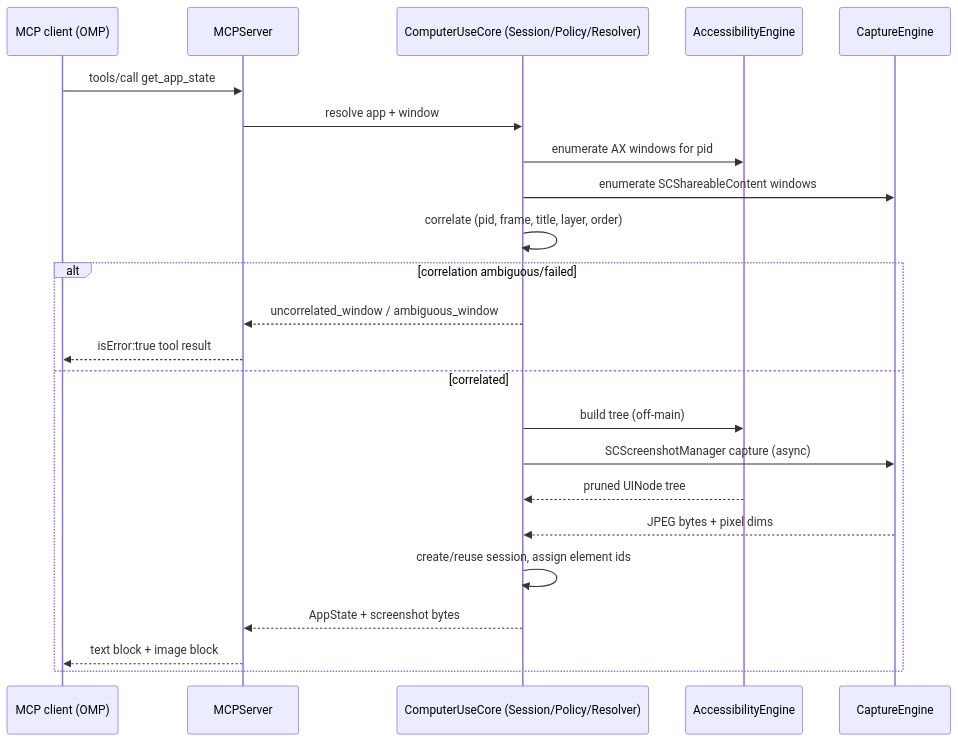
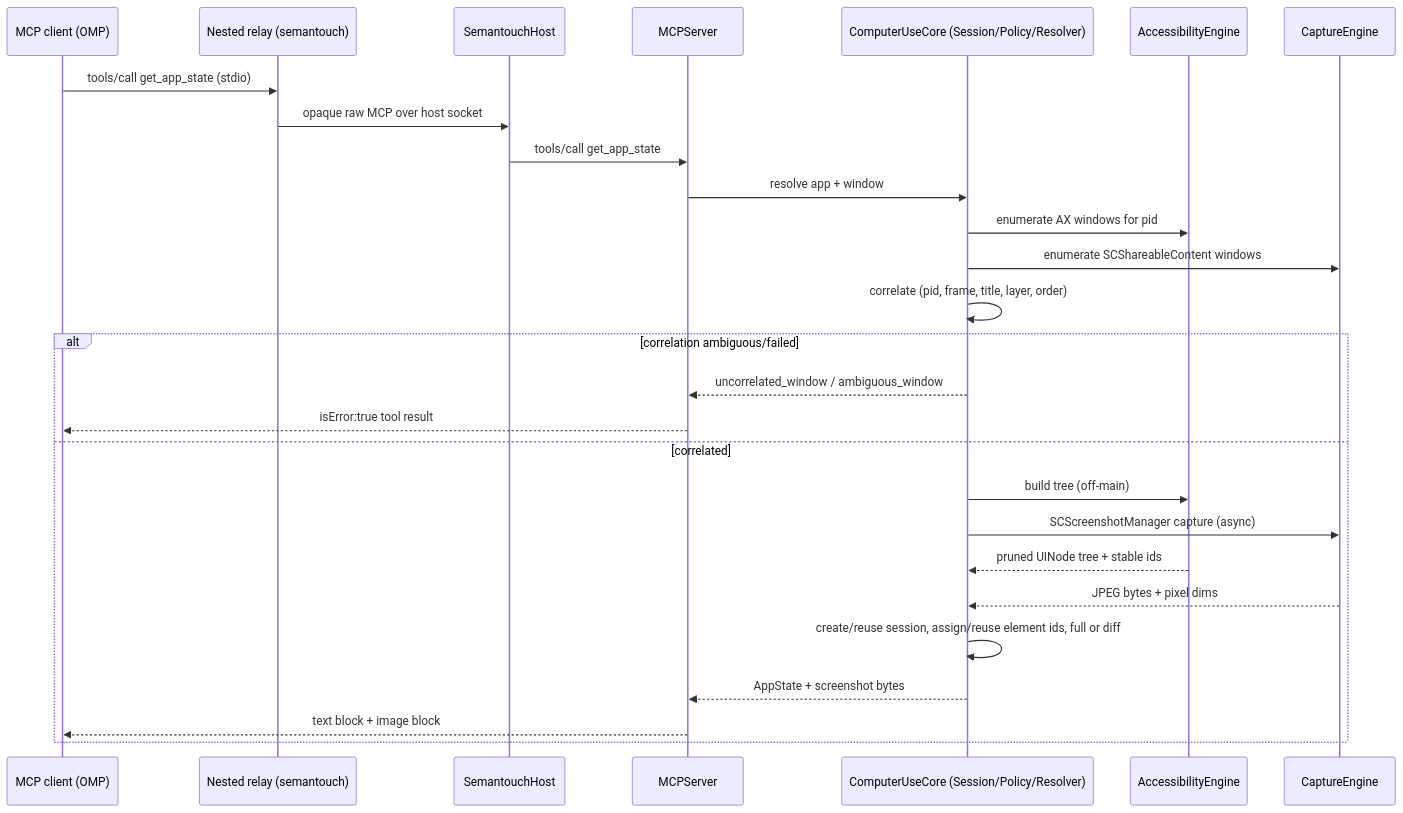
One commit to watzon/semantouch changed the first of 2 diagrams in docs/ARCHITECTURE.md. Above: the diagram before and after it, drawn with Mermaid. The commit also changed other lines of this file and 210 other files, not shown here.

````diff
--- a/docs/ARCHITECTURE.md
+++ b/docs/ARCHITECTURE.md
@@ -34,26 +77,30 @@
 ```mermaid
 sequenceDiagram
     participant Client as MCP client (OMP)
+    participant Relay as Nested relay (semantouch)
+    participant Host as SemantouchHost
     participant Server as MCPServer
     participant Core as ComputerUseCore (Session/Policy/Resolver)
     participant AX as AccessibilityEngine
     participant Cap as CaptureEngine
 
-    Client->>Server: tools/call get_app_state
+    Client->>Relay: tools/call get_app_state (stdio)
+    Relay->>Host: opaque raw MCP over host socket
+    Host->>Server: tools/call get_app_state
     Server->>Core: resolve app + window
     Core->>AX: enumerate AX windows for pid
     Core->>Cap: enumerate SCShareableContent windows
     Core->>Core: correlate (pid, frame, title, layer, order)
     alt correlation ambiguous/failed
         Core-->>Server: uncorrelated_window / ambiguous_window
         Server-->>Client: isError:true tool result
     else correlated
         Core->>AX: build tree (off-main)
         Core->>Cap: SCScreenshotManager capture (async)
-        AX-->>Core: pruned UINode tree
+        AX-->>Core: pruned UINode tree + stable ids
         Cap-->>Core: JPEG bytes + pixel dims
-        Core->>Core: create/reuse session, assign element ids
+        Core->>Core: create/reuse session, assign/reuse element ids, full or diff
         Core-->>Server: AppState + screenshot bytes
         Server-->>Client: text block + image block
     end
 ```
````
